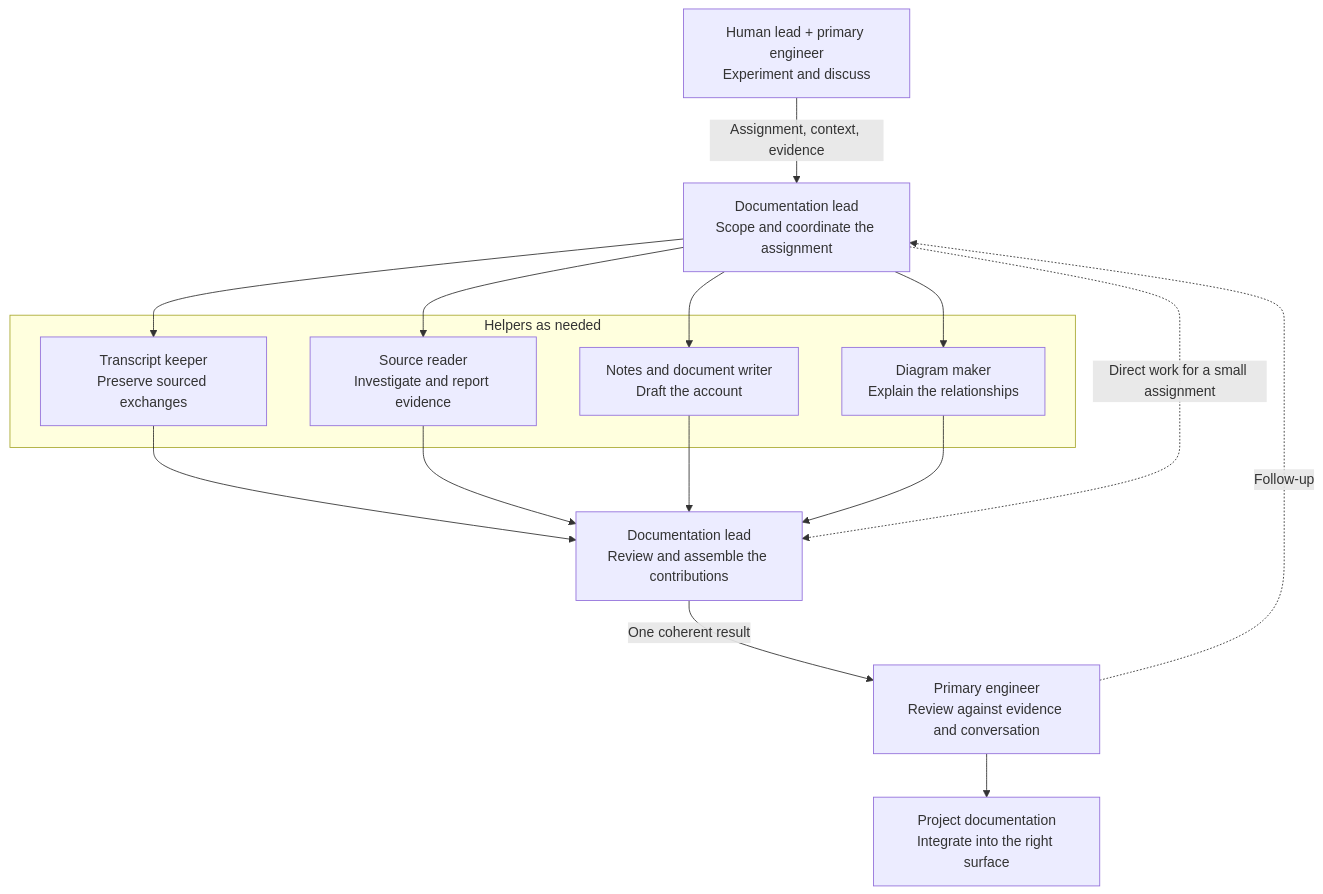
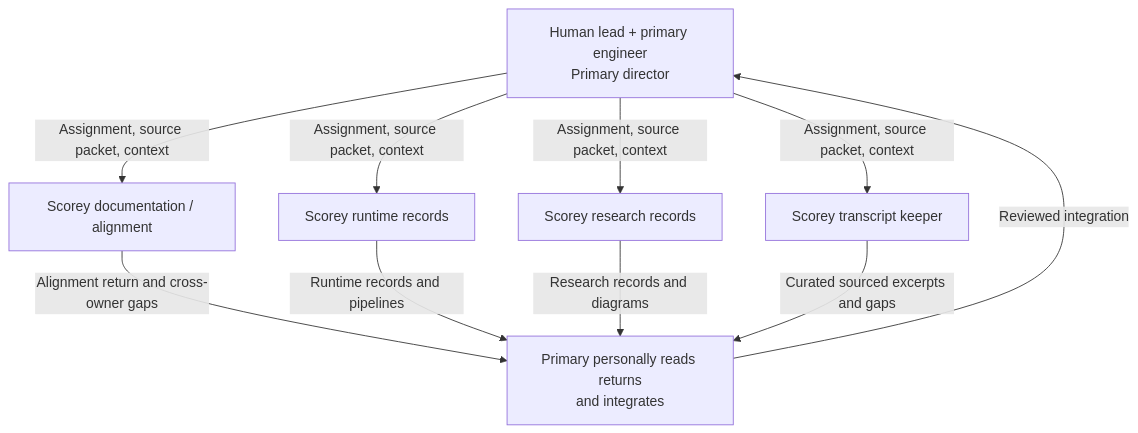
The diagram in docs/diagrams/COLLABORATION.md (tryskian/scorey), drawn with Mermaid before and after one commit. The commit also changed other lines of this file and 25 other files, not shown here.

First line of the commit message:
feat: preserve smoke evidence and attributed review (#118)

````diff
--- a/docs/diagrams/COLLABORATION.md
+++ b/docs/diagrams/COLLABORATION.md
@@ -11,32 +10,19 @@
 ```mermaid
 flowchart TD
-  A["Human lead + primary engineer<br/>Experiment and discuss"]
-  B["Documentation lead<br/>Scope and coordinate the assignment"]
-  T["Transcript keeper<br/>Preserve sourced exchanges"]
-  C["Source reader<br/>Investigate and report evidence"]
-  D["Notes and document writer<br/>Draft the account"]
-  E["Diagram maker<br/>Explain the relationships"]
-  F["Documentation lead<br/>Review and assemble the contributions"]
-  G["Primary engineer<br/>Review against evidence and conversation"]
-  H["Project documentation<br/>Integrate into the right surface"]
+  A["Human lead + primary engineer<br/>Primary director"]
+  B["Scorey documentation / alignment"]
+  R["Scorey runtime records"]
+  S["Scorey research records"]
+  T["Scorey transcript keeper"]
+  H["Primary personally reads returns<br/>and integrates"]
 
-  A -->|"Assignment, context, evidence"| B
-  subgraph TEAM["Helpers as needed"]
-    T
-    C
-    D
-    E
-  end
-  B --> T
-  B --> C
-  B --> D
-  B --> E
-  T --> F
-  C --> F
-  D --> F
-  E --> F
-  B -.->|"Direct work for a small assignment"| F
-  F -->|"One coherent result"| G
-  G --> H
-  G -.->|"Follow-up"| B
+  A -->|"Assignment, source packet, context"| B
+  A -->|"Assignment, source packet, context"| R
+  A -->|"Assignment, source packet, context"| S
+  A -->|"Assignment, source packet, context"| T
+  B -->|"Alignment return and cross-owner gaps"| H
+  R -->|"Runtime records and pipelines"| H
+  S -->|"Research records and diagrams"| H
+  T -->|"Curated sourced excerpts and gaps"| H
+  H -->|"Reviewed integration"| A
 ```
````
